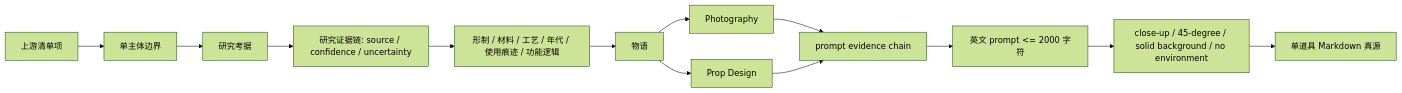
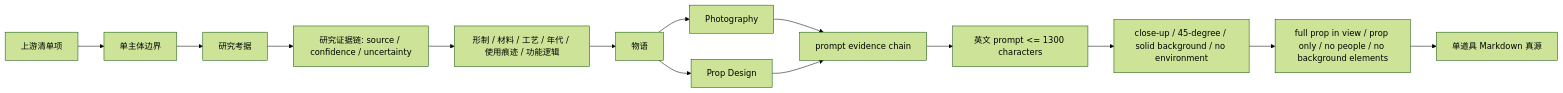
Before and after one commit to ZEN-VOID/AI-CUT: the second of 3 diagrams in .agents/skills/aigc/5-设计/道具/2-设计/SKILL.md, drawn with Mermaid (forest theme). The commit also changed other lines of this file and 106 other files, not shown here.

````diff
--- a/.agents/skills/aigc/5-设计/道具/2-设计/SKILL.md
+++ b/.agents/skills/aigc/5-设计/道具/2-设计/SKILL.md
@@ -117,15 +117,16 @@
 ```mermaid
 flowchart LR
     A["上游清单项"] --> B["单主体边界"]
     B --> C["研究考据"]
     C --> D["研究证据链: source / confidence / uncertainty"]
     D --> E["形制 / 材料 / 工艺 / 年代 / 使用痕迹 / 功能逻辑"]
     E --> F["物语"]
     F --> G["Photography"]
     F --> H["Prop Design"]
     G --> I["prompt evidence chain"]
     H --> I
-    I --> J["英文 prompt <= 2000 字符"]
+    I --> J["英文 prompt <= 1300 characters"]
     J --> K["close-up / 45-degree / solid background / no environment"]
-    K --> L["单道具 Markdown 真源"]
+    K --> L["full prop in view / prop only / no people / no background elements"]
+    L --> M["单道具 Markdown 真源"]
 ```
````
